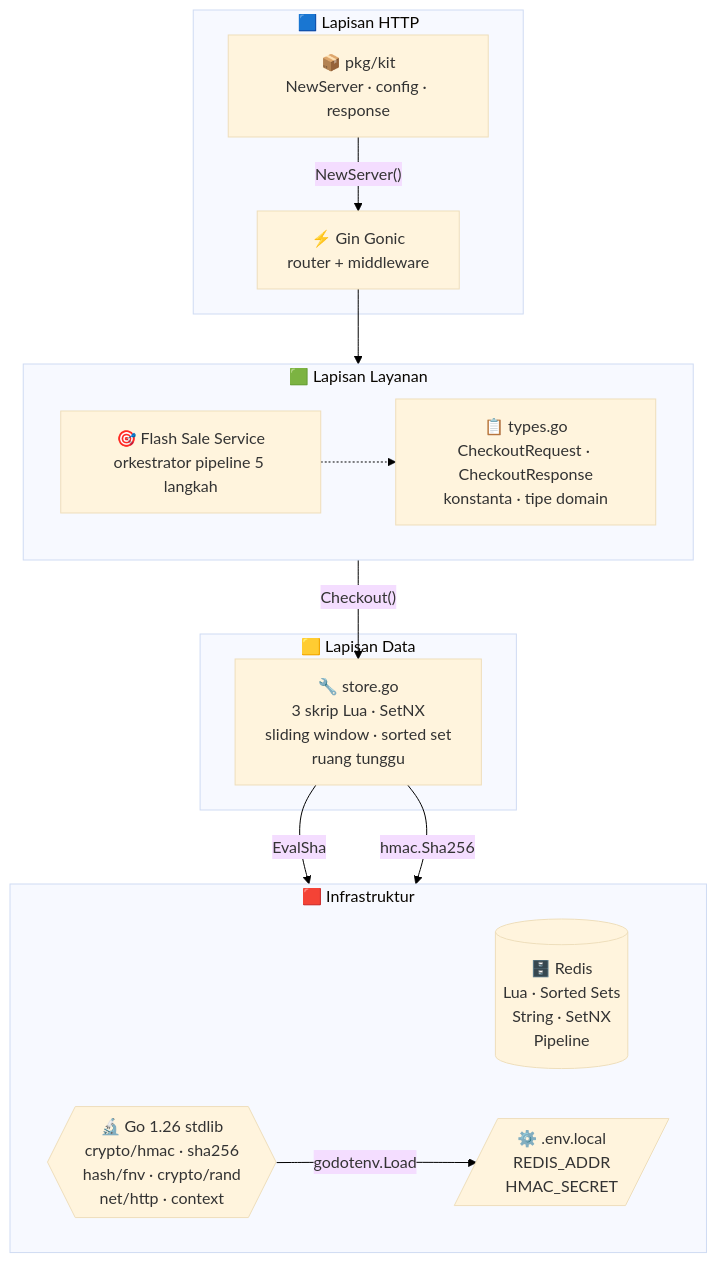
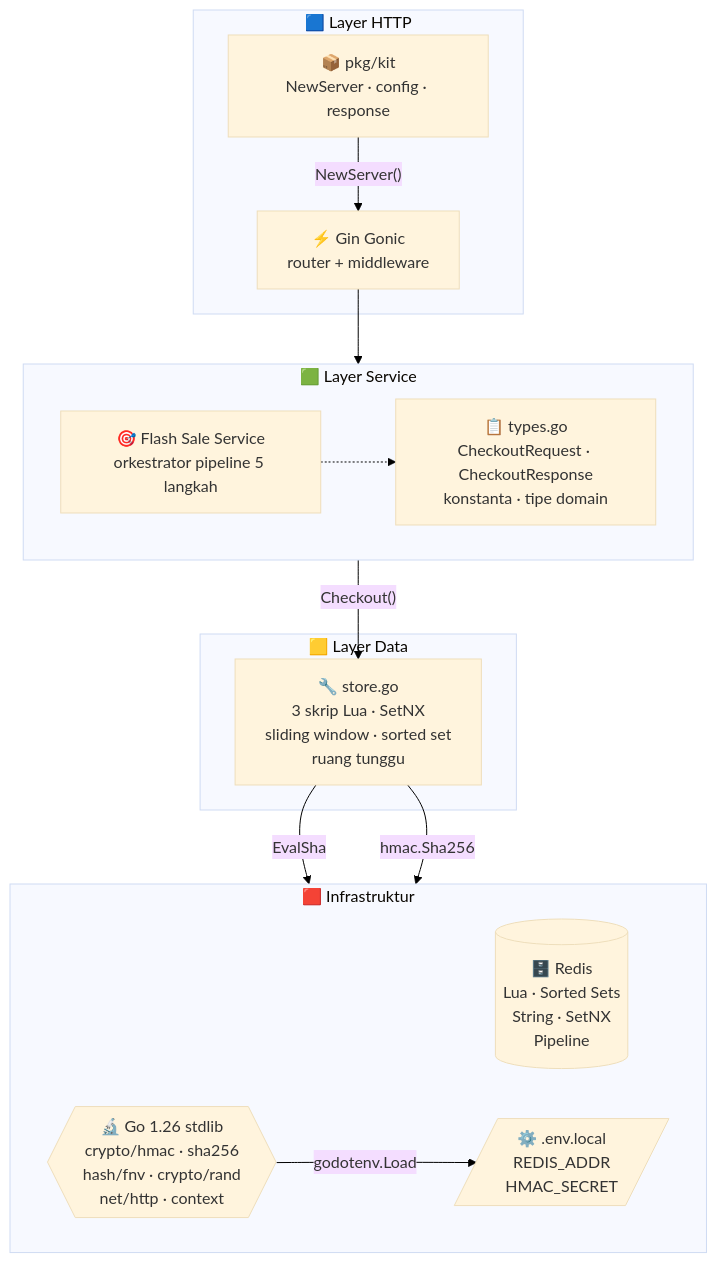
Before and after one commit to faisalaffan/faisalaffan-design-system: the second of 2 diagrams in book/id/08-qcommerce/flash-sale.md, drawn with Mermaid.

Commit message:
chore: sync linted ID flash-sale doc

````diff
--- a/book/id/08-qcommerce/flash-sale.md
+++ b/book/id/08-qcommerce/flash-sale.md
@@ -39,33 +39,33 @@
 ```mermaid
 %%{init: {"theme": "base", "themeVariables": {"background": "#ffffff"}}}%%
 flowchart TB
-    subgraph L1["🟦 Lapisan HTTP"]
+    subgraph L1["🟦 Layer HTTP"]
         Gin["⚡ Gin Gonic<br/>router + middleware"]
         Kit["📦 pkg/kit<br/>NewServer · config · response"]
     end
 
-    subgraph L2["🟩 Lapisan Layanan"]
+    subgraph L2["🟩 Layer Service"]
         direction LR
         Svc["🎯 Flash Sale Service<br/>orkestrator pipeline 5 langkah"]
         Types["📋 types.go<br/>CheckoutRequest · CheckoutResponse<br/>konstanta · tipe domain"]
     end
 
-    subgraph L3["🟨 Lapisan Data"]
+    subgraph L3["🟨 Layer Data"]
         Store["🔧 store.go<br/>3 skrip Lua · SetNX<br/>sliding window · sorted set<br/>ruang tunggu"]
     end
 
     subgraph L4["🟥 Infrastruktur"]
         direction LR
         Redis[("🗄️ Redis<br/>Lua · Sorted Sets<br/>String · SetNX<br/>Pipeline")]
         Go{{"🔬 Go 1.26 stdlib<br/>crypto/hmac · sha256<br/>hash/fnv · crypto/rand<br/>net/http · context"}}
         Env[/"⚙️ .env.local<br/>REDIS_ADDR<br/>HMAC_SECRET"/]
     end
 
     Kit -->|"NewServer()"| Gin
     Gin --> Svc
     Svc -->|"Checkout()"| Store
     Svc -.-> Types
     Store -->|"EvalSha"| Redis
     Store -->|"hmac.Sha256"| Go
     Go -->|"godotenv.Load"| Env
 ```
````
